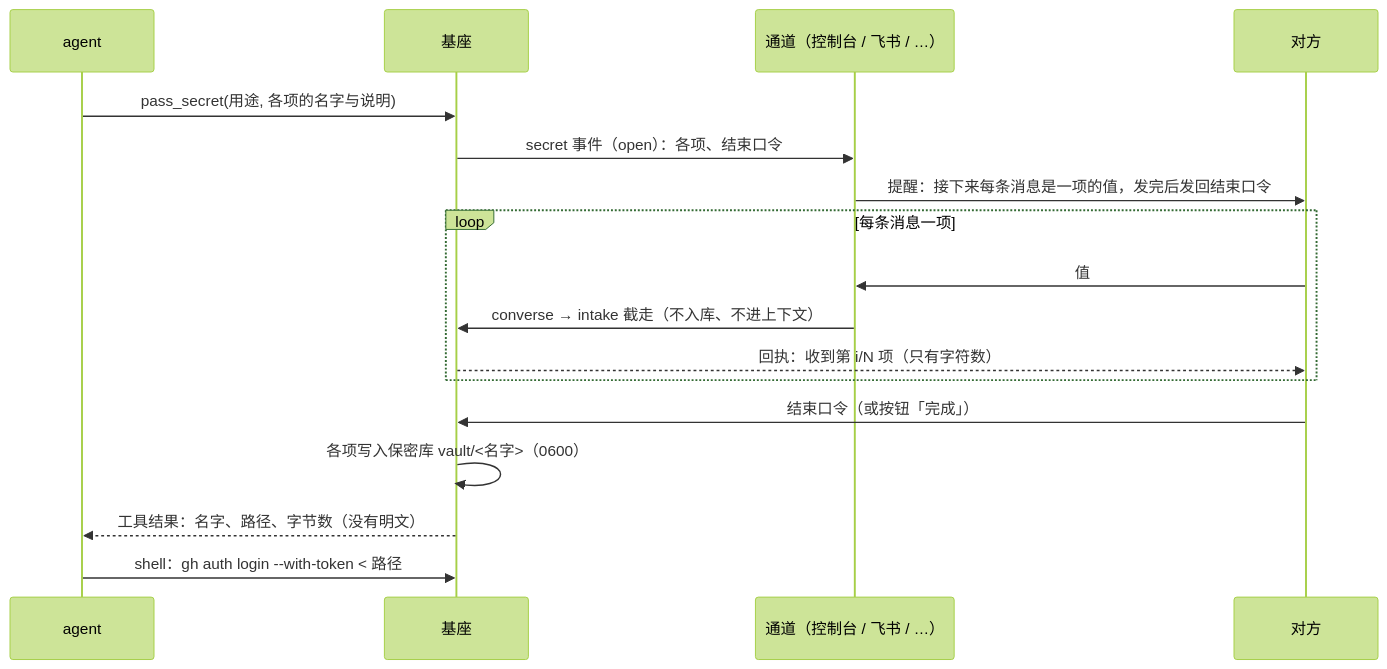
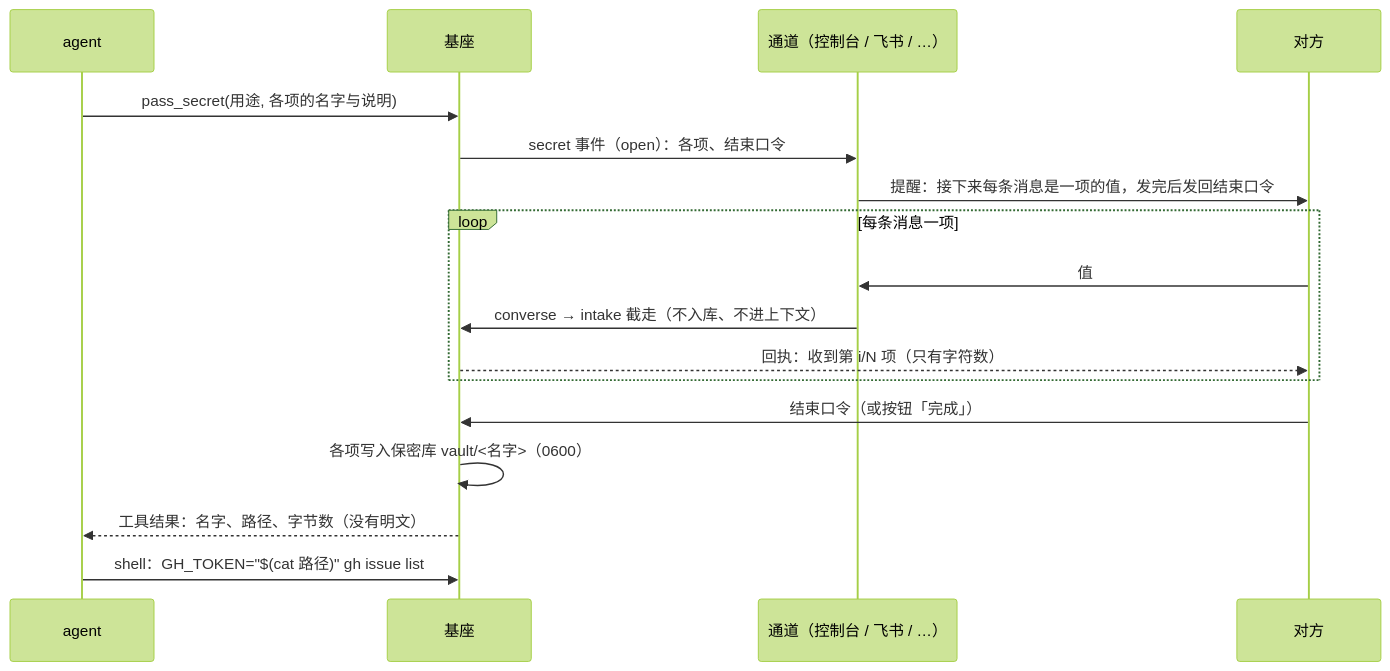
Before and after one commit to Causally-XYZ/Project.Quetzal: the seventh of 10 diagrams in docs/ARCHITECTURE.md, drawn with Mermaid (forest theme). The commit also changed 1 other file, not shown here.

Commit message:
保密值用法示例改为 GH_TOKEN="$(cat 路径)" 只对一条命令生效：原来的 gh auth login --with-token < 路径 会改写 gh 的配置文件（沙箱里可写时写到用户真实的 hosts.yml）（#1）

````diff
--- a/docs/ARCHITECTURE.md
+++ b/docs/ARCHITECTURE.md
@@ -217,19 +217,19 @@
 ```mermaid
 sequenceDiagram
   participant A as agent
   participant B as 基座
   participant C as 通道（控制台 / 飞书 / …）
   participant U as 对方
   A->>B: pass_secret(用途, 各项的名字与说明)
   B->>C: secret 事件（open）：各项、结束口令
   C->>U: 提醒：接下来每条消息是一项的值，发完后发回结束口令
   loop 每条消息一项
     U->>C: 值
     C->>B: converse → intake 截走（不入库、不进上下文）
     B-->>U: 回执：收到第 i/N 项（只有字符数）
   end
   U->>B: 结束口令（或按钮「完成」）
   B->>B: 各项写入保密库 vault/<名字>（0600）
   B-->>A: 工具结果：名字、路径、字节数（没有明文）
-  A->>B: shell：gh auth login --with-token < 路径
+  A->>B: shell：GH_TOKEN="$(cat 路径)" gh issue list
 ```
````
